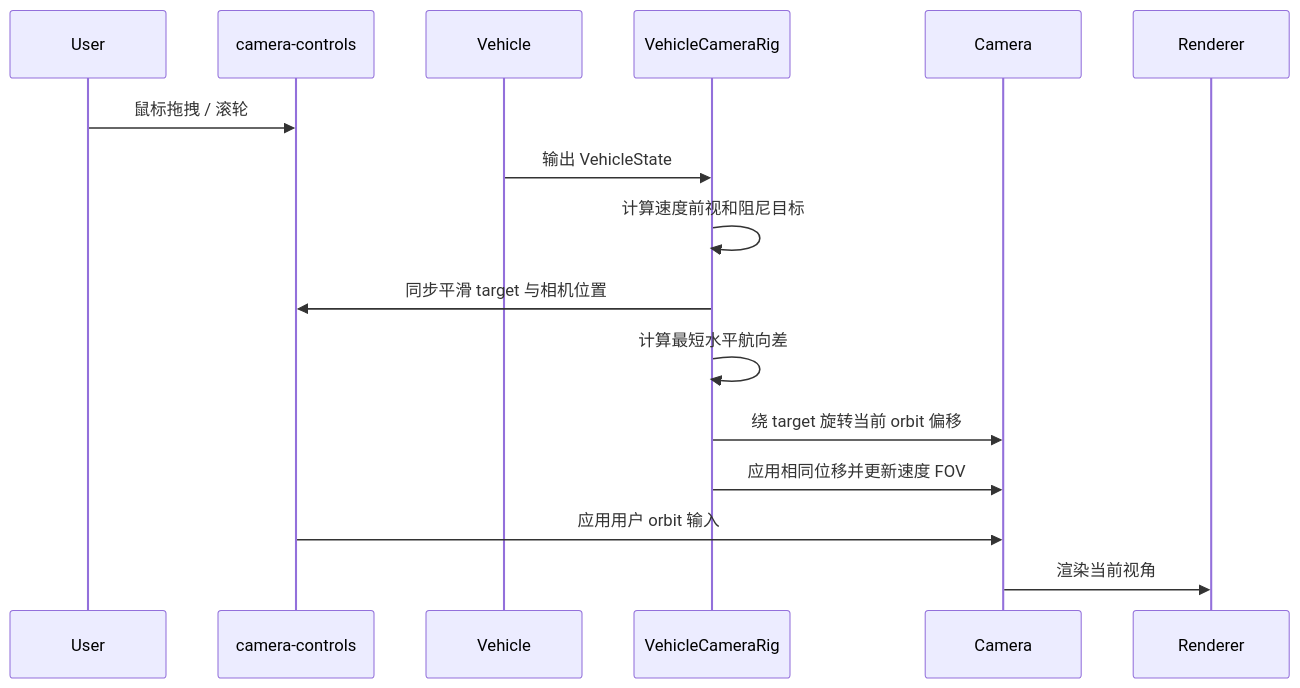
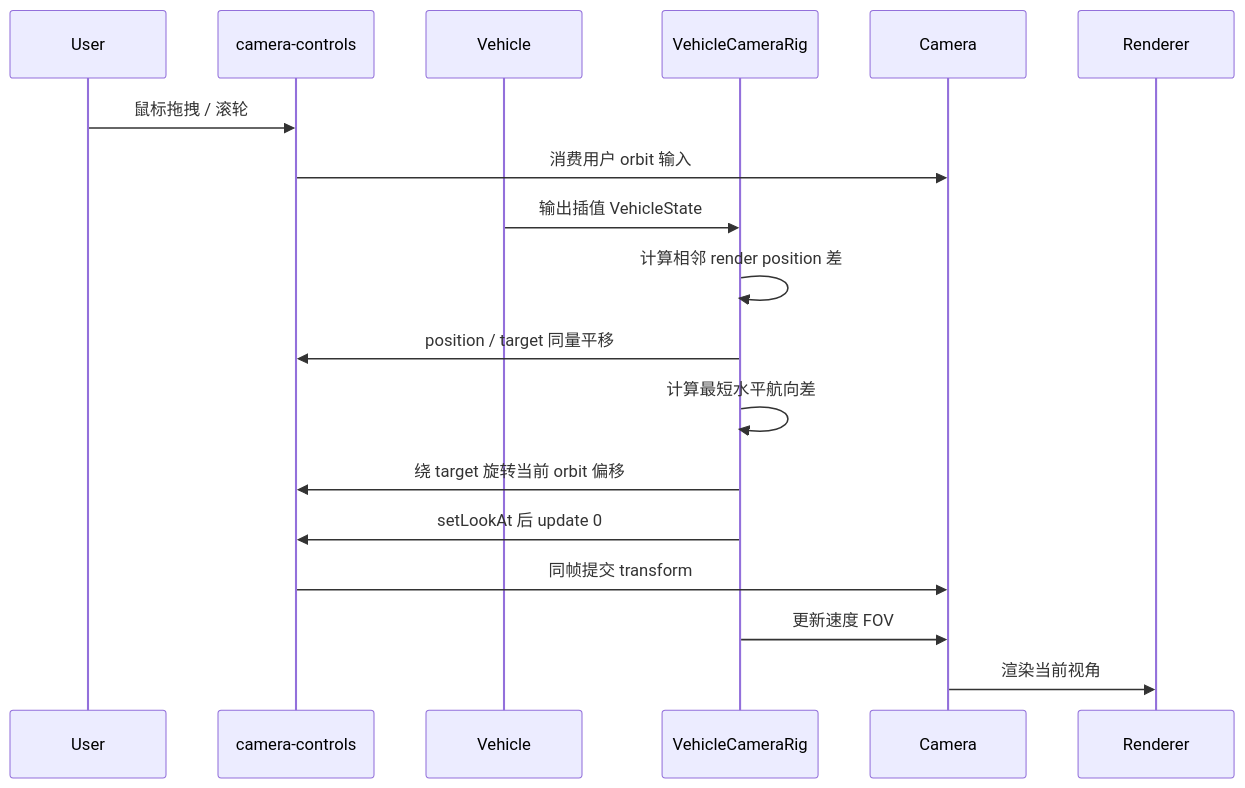
The second of 2 diagrams in docs/architecture/camera-system/README.md (64n-goxutech/shader-roam), drawn with Mermaid before and after one commit. The commit also changed other lines of this file and 13 other files, not shown here.

Commit message:
fix(core-drive): stabilize vehicle and camera motion

````diff
--- a/docs/architecture/camera-system/README.md
+++ b/docs/architecture/camera-system/README.md
@@ -58,19 +61,21 @@
 ```mermaid
 sequenceDiagram
     participant User
     participant Controls as camera-controls
     participant Vehicle
     participant Rig as VehicleCameraRig
     participant Camera
     participant Renderer
 
     User->>Controls: 鼠标拖拽 / 滚轮
-    Vehicle->>Rig: 输出 VehicleState
-    Rig->>Rig: 计算速度前视和阻尼目标
-    Rig->>Controls: 同步平滑 target 与相机位置
+    Controls->>Camera: 消费用户 orbit 输入
+    Vehicle->>Rig: 输出插值 VehicleState
+    Rig->>Rig: 计算相邻 render position 差
+    Rig->>Controls: position / target 同量平移
     Rig->>Rig: 计算最短水平航向差
-    Rig->>Camera: 绕 target 旋转当前 orbit 偏移
-    Rig->>Camera: 应用相同位移并更新速度 FOV
-    Controls->>Camera: 应用用户 orbit 输入
+    Rig->>Controls: 绕 target 旋转当前 orbit 偏移
+    Rig->>Controls: setLookAt 后 update 0
+    Controls->>Camera: 同帧提交 transform
+    Rig->>Camera: 更新速度 FOV
     Camera->>Renderer: 渲染当前视角
 ```
````
